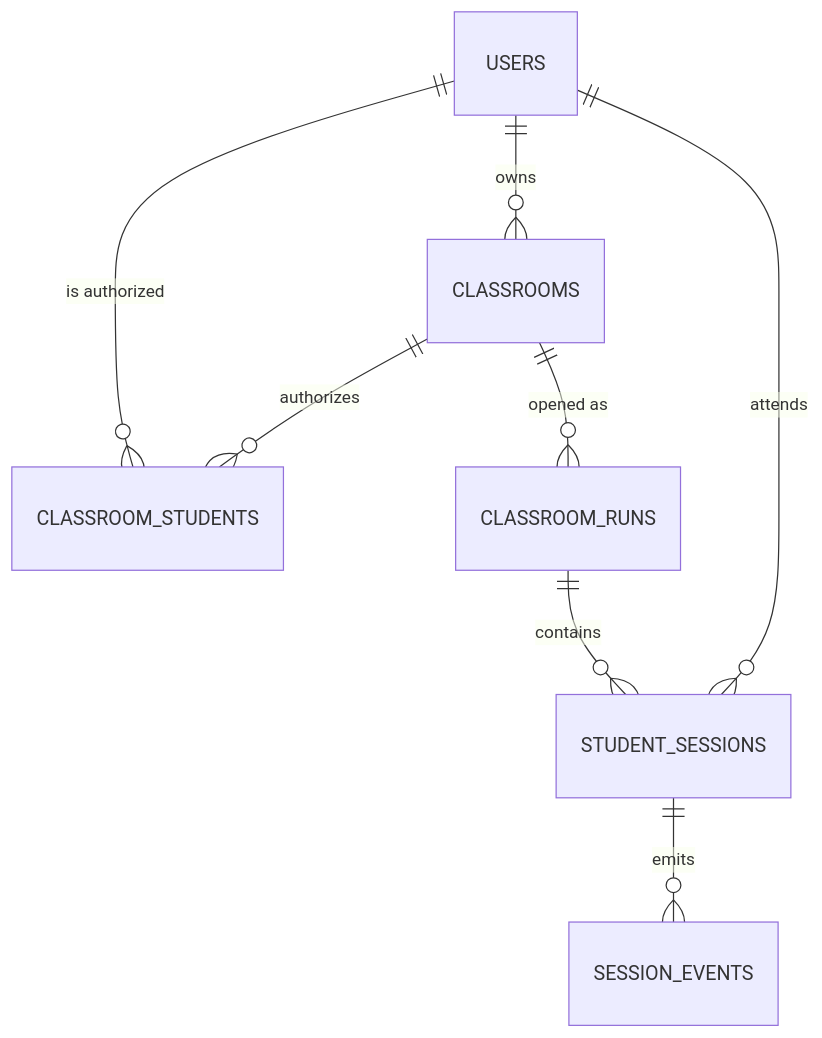
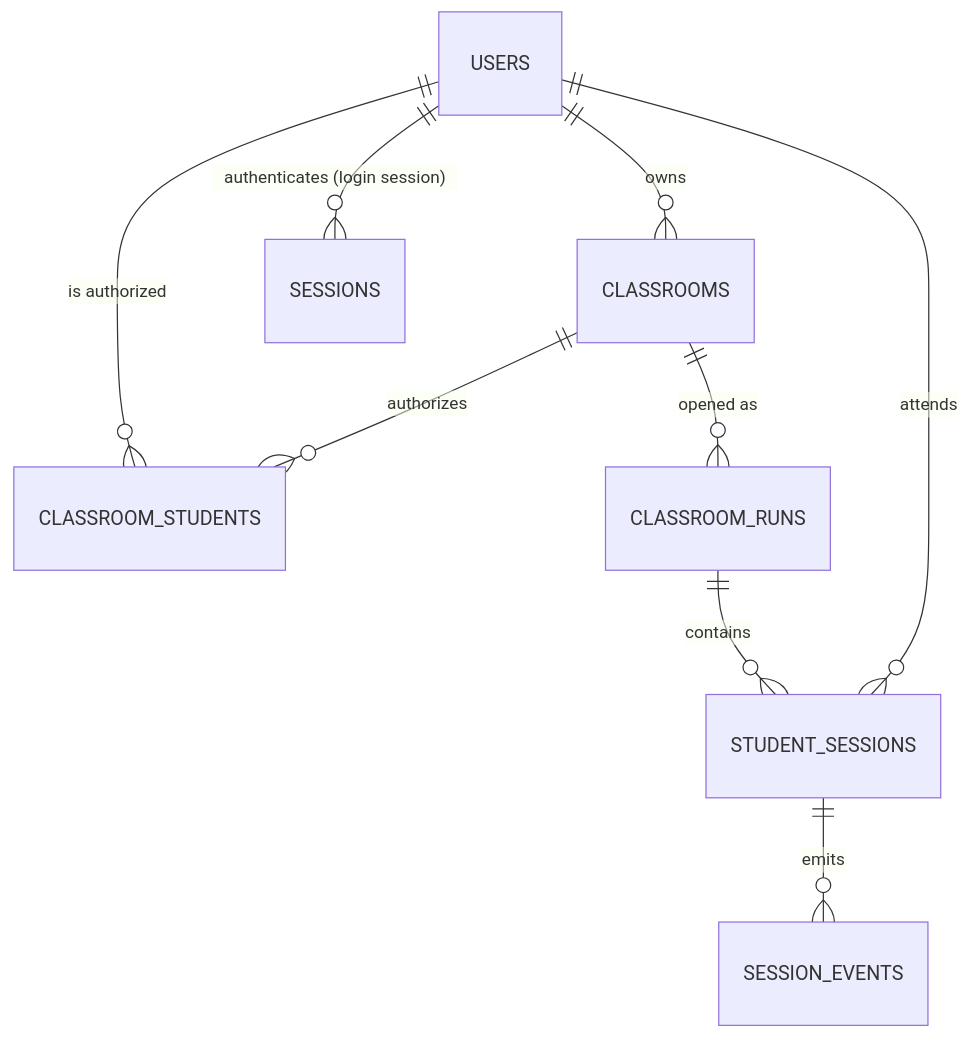
The diagram in docs/database/schema.md (TingLeson/monitor-class), drawn with Mermaid before and after one commit. The commit also changed other lines of this file and 112 other files, not shown here.

````diff
--- a/docs/database/schema.md
+++ b/docs/database/schema.md
@@ -55,10 +56,11 @@
 ```mermaid
 erDiagram
     USERS ||--o{ CLASSROOMS : owns
     USERS ||--o{ CLASSROOM_STUDENTS : "is authorized"
     CLASSROOMS ||--o{ CLASSROOM_STUDENTS : authorizes
     CLASSROOMS ||--o{ CLASSROOM_RUNS : "opened as"
     CLASSROOM_RUNS ||--o{ STUDENT_SESSIONS : contains
     USERS ||--o{ STUDENT_SESSIONS : attends
     STUDENT_SESSIONS ||--o{ SESSION_EVENTS : emits
+    USERS ||--o{ SESSIONS : "authenticates (login session)"
 ```
````
